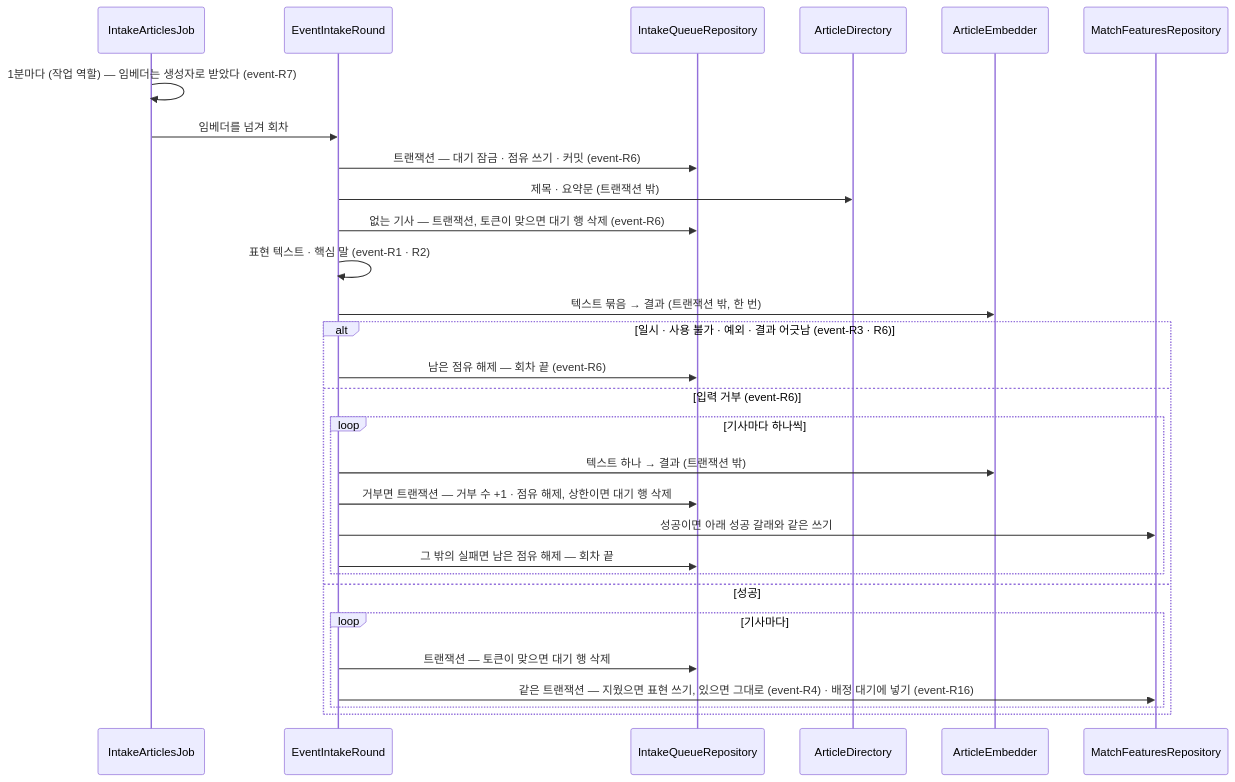
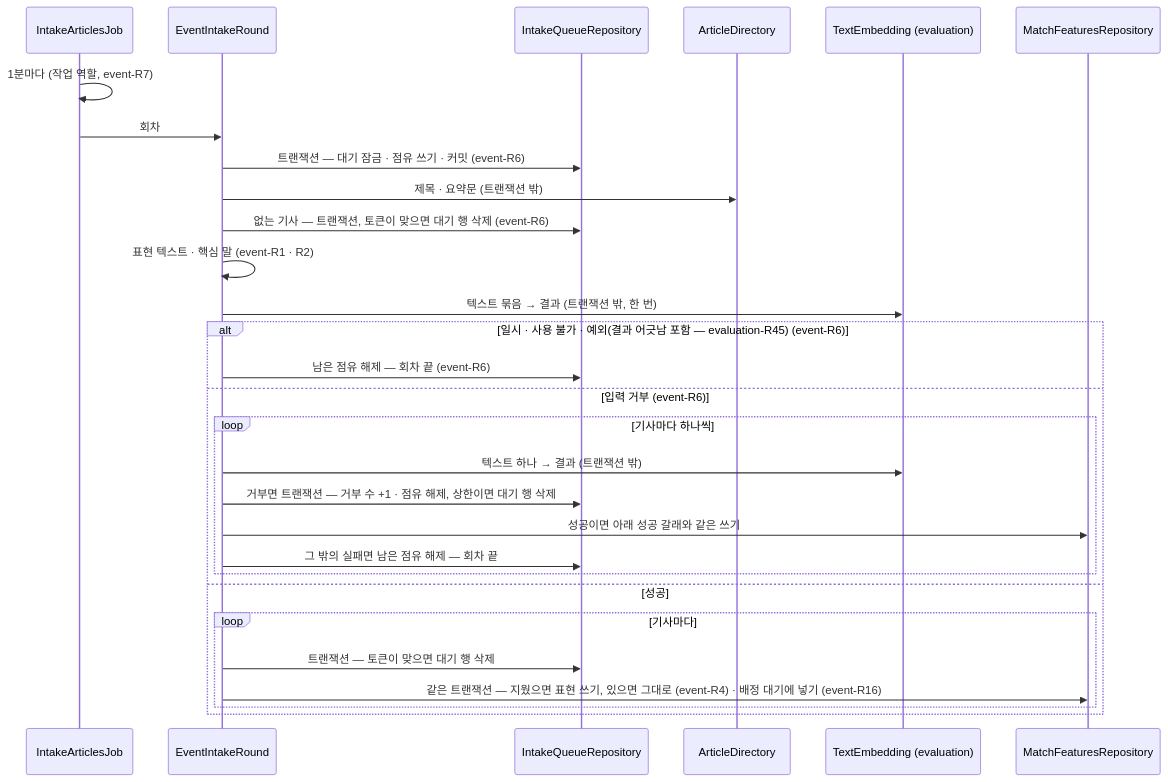
One commit to Theia0382/yozm-news changed the first of 3 diagrams in docs/specs/event.md. Above: the diagram before and after it, drawn with Mermaid. The commit also changed other lines of this file and 10 other files, not shown here.

First line of the commit message:
docs: 임베딩 관문의 ADR 둘과 evaluation · event Spec · 개요 문서

````diff
--- a/docs/specs/event.md
+++ b/docs/specs/event.md
@@ -343,32 +340,32 @@
 ```mermaid
 sequenceDiagram
     participant J as IntakeArticlesJob
     participant R as EventIntakeRound
     participant Q as IntakeQueueRepository
     participant A as ArticleDirectory
-    participant E as ArticleEmbedder
+    participant E as TextEmbedding (evaluation)
     participant F as MatchFeaturesRepository
 
-    J->>J: 1분마다 (작업 역할) — 임베더는 생성자로 받았다 (event-R7)
-    J->>R: 임베더를 넘겨 회차
+    J->>J: 1분마다 (작업 역할, event-R7)
+    J->>R: 회차
     R->>Q: 트랜잭션 — 대기 잠금 · 점유 쓰기 · 커밋 (event-R6)
     R->>A: 제목 · 요약문 (트랜잭션 밖)
     R->>Q: 없는 기사 — 트랜잭션, 토큰이 맞으면 대기 행 삭제 (event-R6)
     R->>R: 표현 텍스트 · 핵심 말 (event-R1 · R2)
     R->>E: 텍스트 묶음 → 결과 (트랜잭션 밖, 한 번)
-    alt 일시 · 사용 불가 · 예외 · 결과 어긋남 (event-R3 · R6)
+    alt 일시 · 사용 불가 · 예외(결과 어긋남 포함 — evaluation-R45) (event-R6)
         R->>Q: 남은 점유 해제 — 회차 끝 (event-R6)
     else 입력 거부 (event-R6)
         loop 기사마다 하나씩
             R->>E: 텍스트 하나 → 결과 (트랜잭션 밖)
             R->>Q: 거부면 트랜잭션 — 거부 수 +1 · 점유 해제, 상한이면 대기 행 삭제
             R->>F: 성공이면 아래 성공 갈래와 같은 쓰기
             R->>Q: 그 밖의 실패면 남은 점유 해제 — 회차 끝
         end
     else 성공
         loop 기사마다
             R->>Q: 트랜잭션 — 토큰이 맞으면 대기 행 삭제
             R->>F: 같은 트랜잭션 — 지웠으면 표현 쓰기, 있으면 그대로 (event-R4) · 배정 대기에 넣기 (event-R16)
         end
     end
 ```
````
